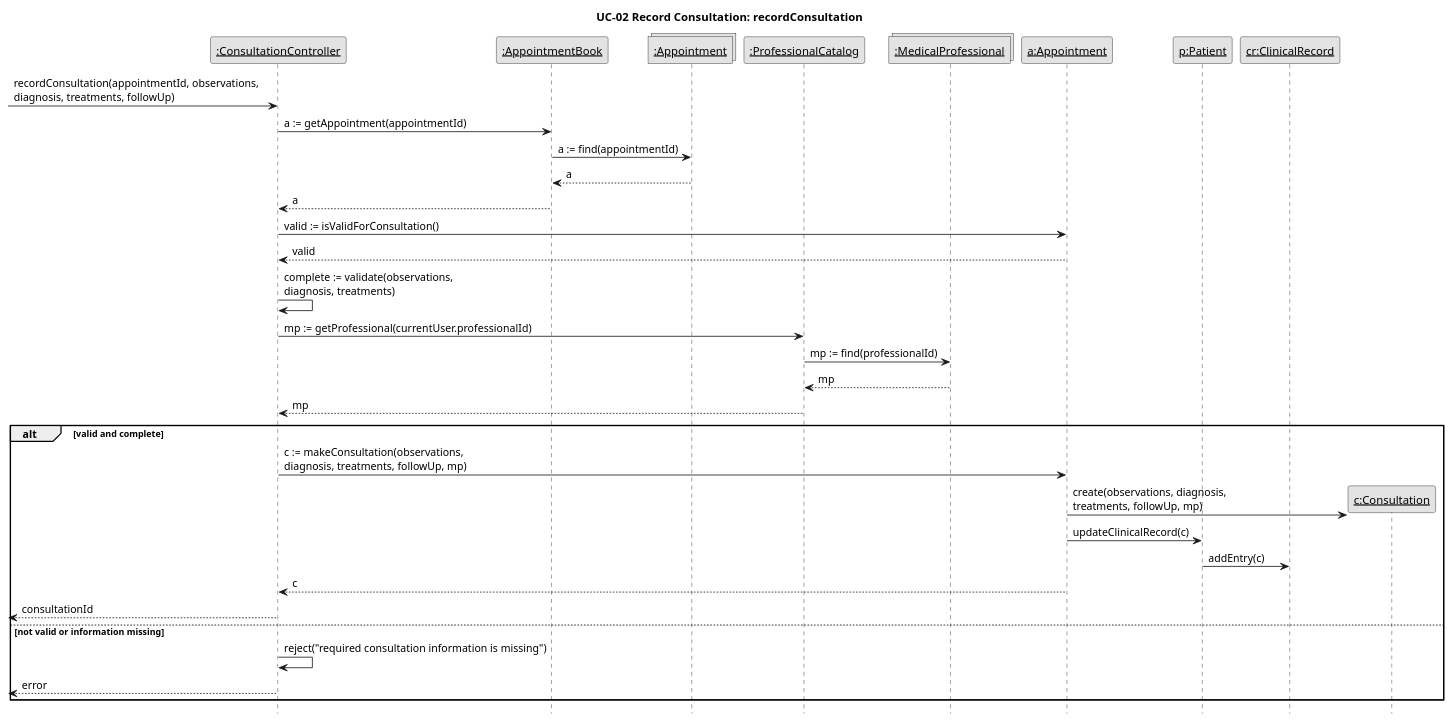
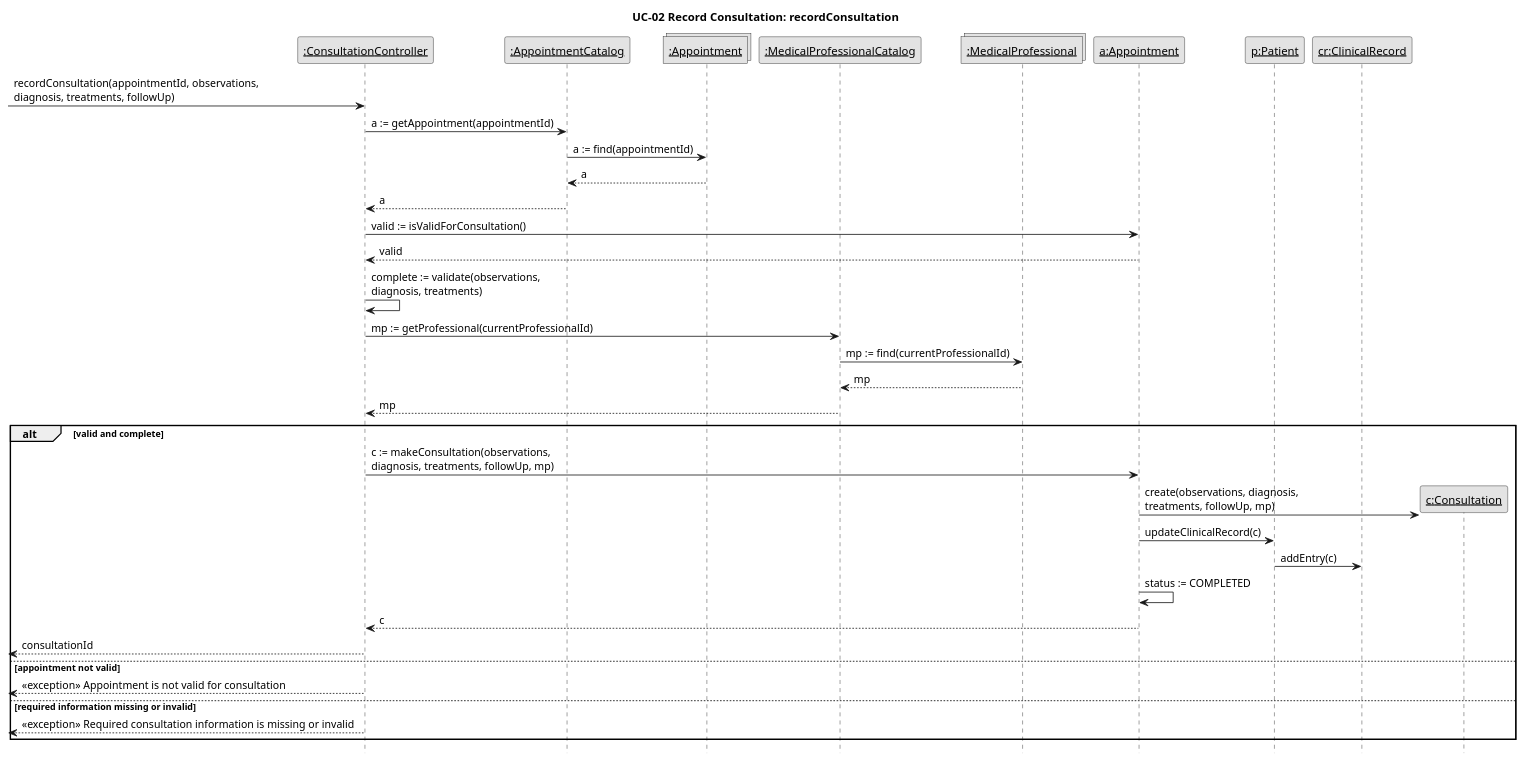
One commit to oumaymabennamoun/SOEN342-project changed the diagram in Iteration2/InteractionDiagrams/SD_UC02_recordConsultation.puml. Above: the diagram before and after it, drawn with PlantUML. The commit also changed 11 other files, not shown here.

Commit message:
Update class diagram and sequence diagrams for Iteration 2 to match them

```diff
--- a/Iteration2/InteractionDiagrams/SD_UC02_recordConsultation.puml
+++ b/Iteration2/InteractionDiagrams/SD_UC02_recordConsultation.puml
@@ -1,42 +1,44 @@
 @startuml
 skinparam monochrome true
 skinparam shadowing false
 skinparam defaultFontName Arial
 skinparam sequenceMessageAlign left
 hide footbox
 title UC-02 Record Consultation: recordConsultation
 
 participant "<u>:ConsultationController</u>" as Ctrl
-participant "<u>:AppointmentBook</u>" as AB
+participant "<u>:AppointmentCatalog</u>" as AC
 collections "<u>:Appointment</u>" as As
-participant "<u>:ProfessionalCatalog</u>" as ProfC
+participant "<u>:MedicalProfessionalCatalog</u>" as ProfC
 collections "<u>:MedicalProfessional</u>" as MPs
 participant "<u>a:Appointment</u>" as Ap
 participant "<u>p:Patient</u>" as P
 participant "<u>cr:ClinicalRecord</u>" as CR
 
 [-> Ctrl : recordConsultation(appointmentId, observations,\ndiagnosis, treatments, followUp)
-Ctrl -> AB : a := getAppointment(appointmentId)
-AB -> As : a := find(appointmentId)
-As --> AB : a
-AB --> Ctrl : a
+Ctrl -> AC : a := getAppointment(appointmentId)
+AC -> As : a := find(appointmentId)
+As --> AC : a
+AC --> Ctrl : a
 Ctrl -> Ap : valid := isValidForConsultation()
 Ap --> Ctrl : valid
 Ctrl -> Ctrl : complete := validate(observations,\ndiagnosis, treatments)
-Ctrl -> ProfC : mp := getProfessional(currentUser.professionalId)
-ProfC -> MPs : mp := find(professionalId)
+Ctrl -> ProfC : mp := getProfessional(currentProfessionalId)
+ProfC -> MPs : mp := find(currentProfessionalId)
 MPs --> ProfC : mp
 ProfC --> Ctrl : mp
 alt valid and complete
   Ctrl -> Ap : c := makeConsultation(observations,\ndiagnosis, treatments, followUp, mp)
   create "<u>c:Consultation</u>" as Co
   Ap -> Co : create(observations, diagnosis,\ntreatments, followUp, mp)
   Ap -> P : updateClinicalRecord(c)
   P -> CR : addEntry(c)
+  Ap -> Ap : status := COMPLETED
   Ap --> Ctrl : c
   [<-- Ctrl : consultationId
-else not valid or information missing
-  Ctrl -> Ctrl : reject("required consultation information is missing")
-  [<-- Ctrl : error
+else appointment not valid
+  [<-- Ctrl : <<exception>> Appointment is not valid for consultation
+else required information missing or invalid
+  [<-- Ctrl : <<exception>> Required consultation information is missing or invalid
 end
 @enduml
```
